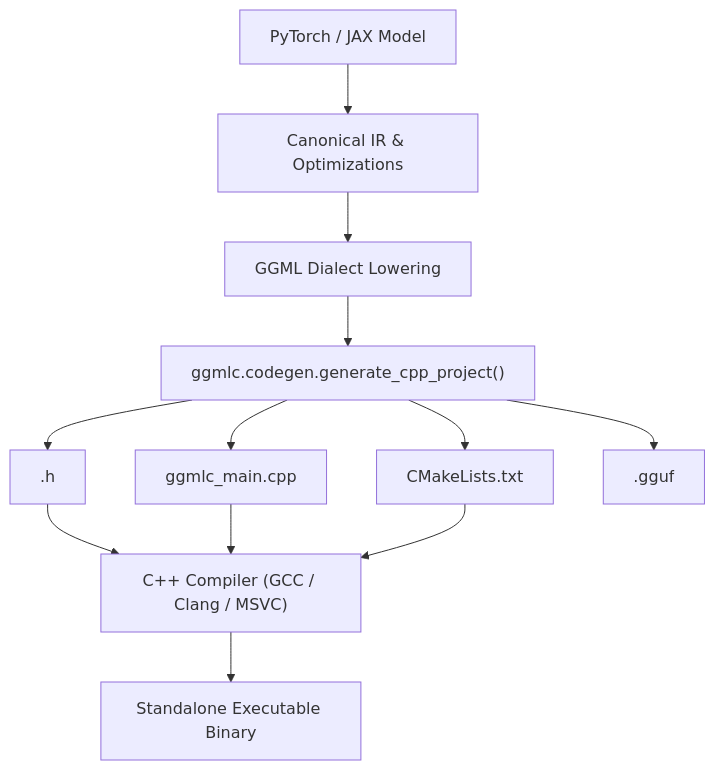
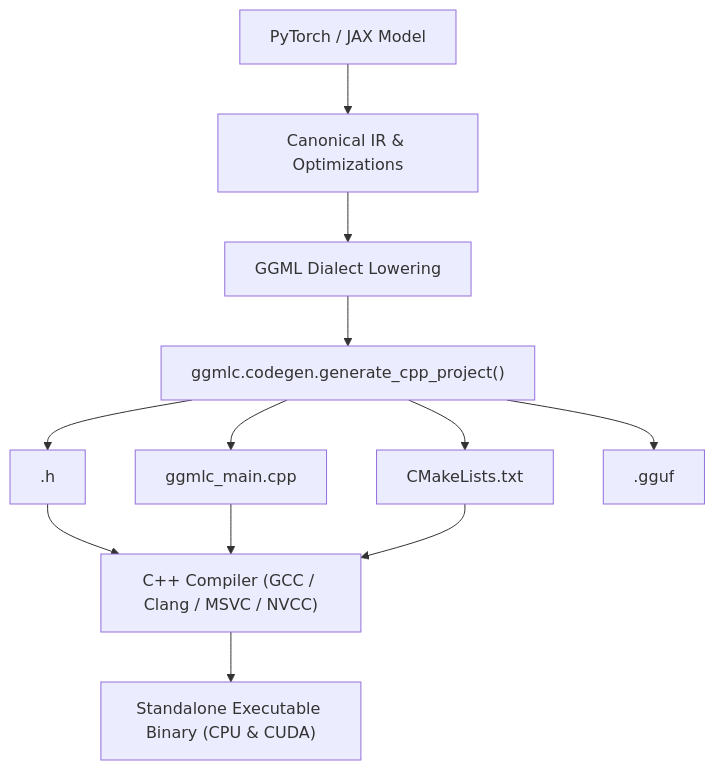
One commit to monatis/ggmlc changed the diagram in docs/codegen/cpp_codegen.md. Above: the diagram before and after it, drawn with Mermaid. The commit also changed other lines of this file and 7 other files, not shown here.

````diff
--- a/docs/codegen/cpp_codegen.md
+++ b/docs/codegen/cpp_codegen.md
@@ -24,14 +24,14 @@
 ```mermaid
 flowchart TD
     Frontend["PyTorch / JAX Model"] --> IR["Canonical IR & Optimizations"]
     IR --> GGMLDialect["GGML Dialect Lowering"]
     GGMLDialect --> CodeGen["ggmlc.codegen.generate_cpp_project()"]
     CodeGen --> HFile["<ModelName>.h"]
     CodeGen --> MainCpp["ggmlc_main.cpp"]
     CodeGen --> CMake["CMakeLists.txt"]
     CodeGen --> GGUF["<model_name>.gguf"]
-    HFile --> CppCompiler["C++ Compiler (GCC / Clang / MSVC)"]
+    HFile --> CppCompiler["C++ Compiler (GCC / Clang / MSVC / NVCC)"]
     MainCpp --> CppCompiler
     CMake --> CppCompiler
-    CppCompiler --> NativeBin["Standalone Executable Binary"]
+    CppCompiler --> NativeBin["Standalone Executable Binary (CPU & CUDA)"]
 ```
````
